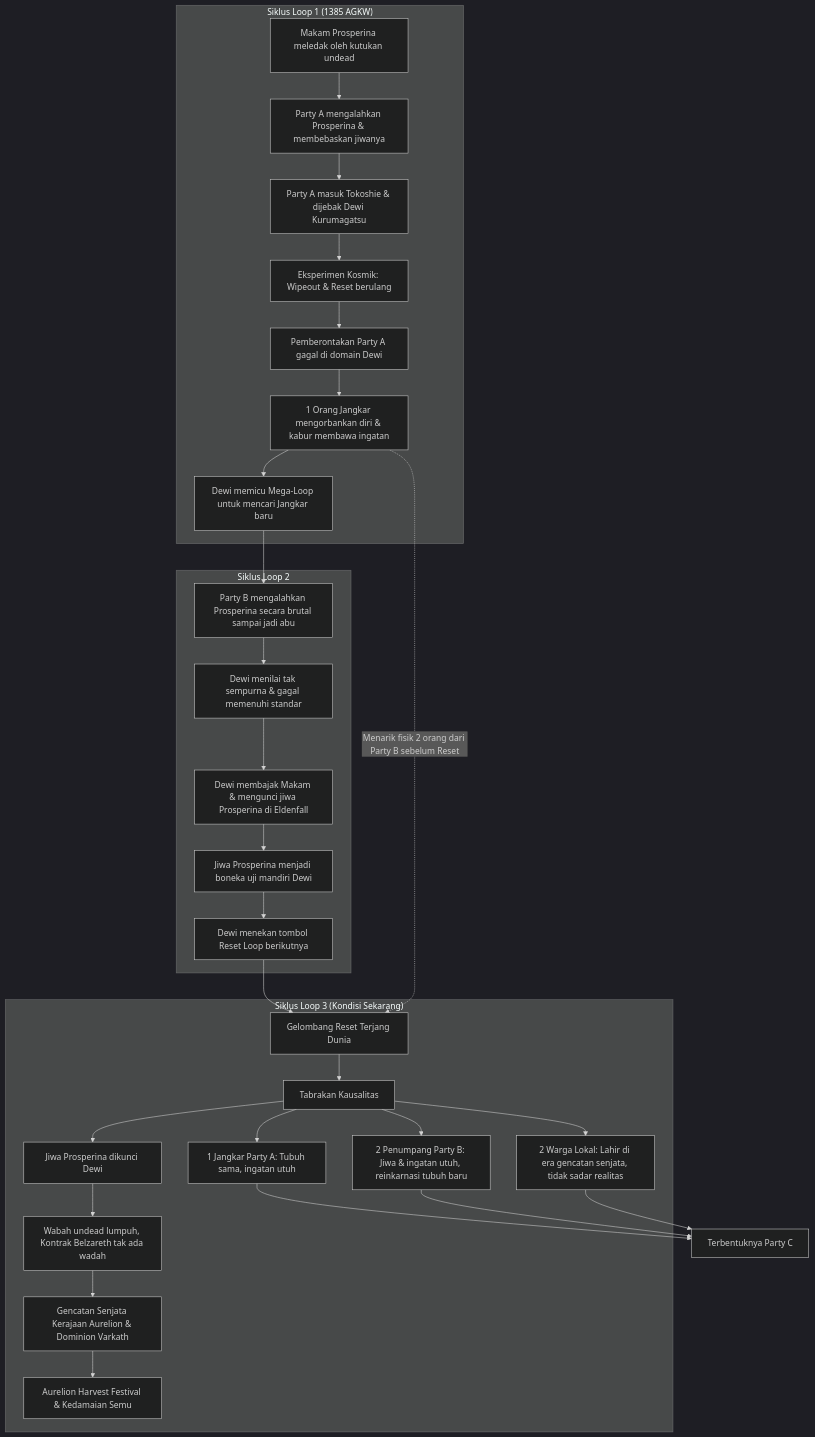
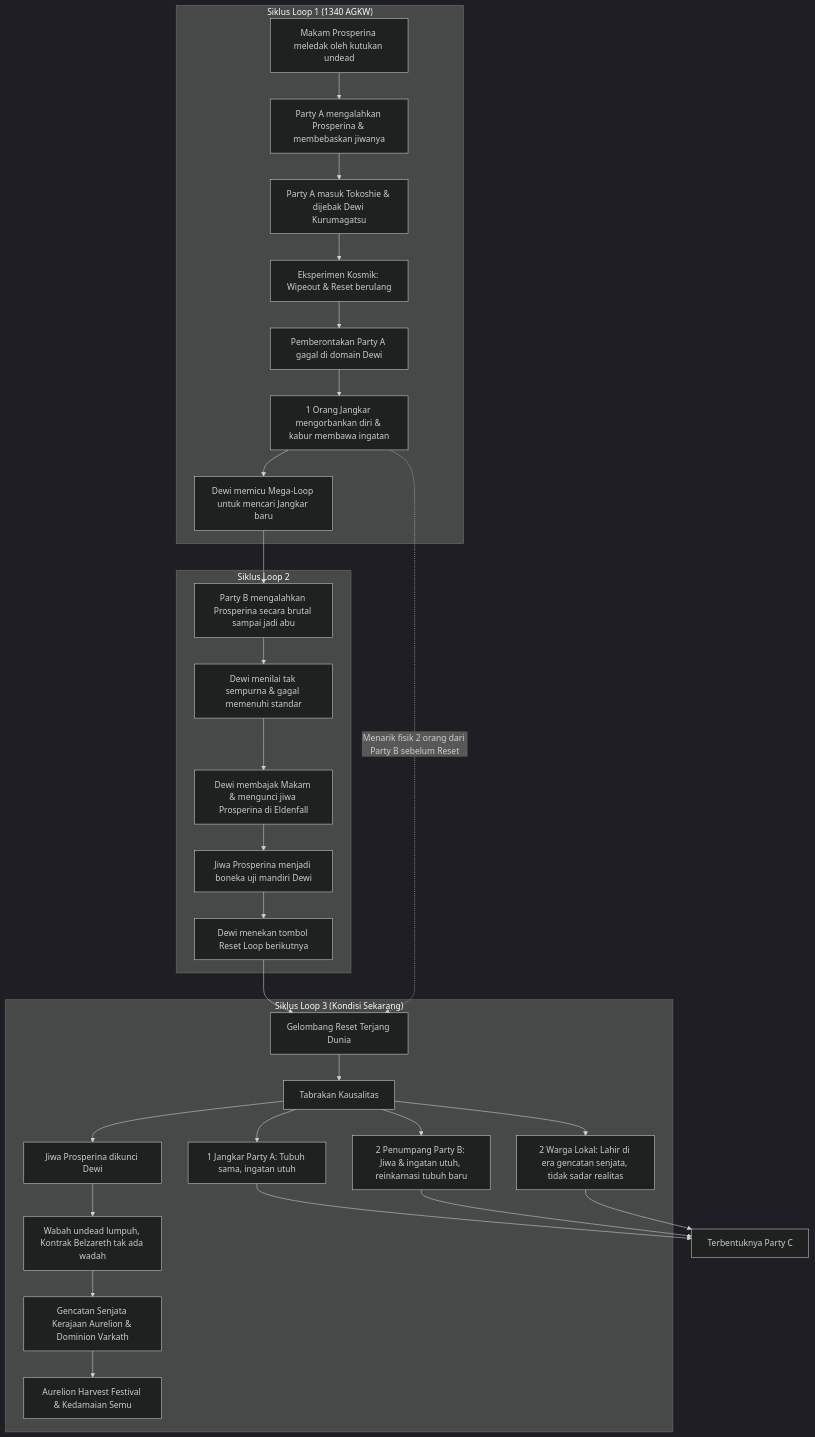
One commit to Nothrovo/Solythis-DnD changed the diagram in Lores/Aurelion Lores.md. Above: the diagram before and after it, drawn with Mermaid (dark theme). The commit also changed other lines of this file and 21 other files, not shown here.

````diff
--- a/Lores/Aurelion Lores.md
+++ b/Lores/Aurelion Lores.md
@@ -8,44 +8,44 @@
 ```mermaid
 graph TD
     %% Loop 1
-    subgraph Loop1 ["Siklus Loop 1 (1385 AGKW)"]
+    subgraph Loop1 ["Siklus Loop 1 (1340 AGKW)"]
         A1[Makam Prosperina meledak oleh kutukan undead] --> A2[Party A mengalahkan Prosperina & membebaskan jiwanya]
         A2 --> A3[Party A masuk Tokoshie & dijebak Dewi Kurumagatsu]
         A3 --> A4[Eksperimen Kosmik: Wipeout & Reset berulang]
         A4 --> A5[Pemberontakan Party A gagal di domain Dewi]
         A5 --> A6[1 Orang Jangkar mengorbankan diri & kabur membawa ingatan]
         A6 --> A7[Dewi memicu Mega-Loop untuk mencari Jangkar baru]
     end
 
     %% Loop 2
     subgraph Loop2 ["Siklus Loop 2"]
         A7 --> B1[Party B mengalahkan Prosperina secara brutal sampai jadi abu]
         B1 --> B2[Dewi menilai tak sempurna & gagal memenuhi standar]
         B2 --> B3[Dewi membajak Makam & mengunci jiwa Prosperina di Eldenfall]
         B3 --> B4[Jiwa Prosperina menjadi boneka uji mandiri Dewi]
         B4 --> B5[Dewi menekan tombol Reset Loop berikutnya]
     end
 
     %% Loop 3
     subgraph Loop3 ["Siklus Loop 3 (Kondisi Sekarang)"]
         B5 --> C_Reset[Gelombang Reset Terjang Dunia]
         
         %% Grab during transition
         A6 -.->|Menarik fisik 2 orang dari Party B sebelum Reset| C_Reset
         
         C_Reset --> C1[Tabrakan Kausalitas]
         
         %% Impact on Party C
         C1 --> P1[1 Jangkar Party A: Tubuh sama, ingatan utuh]
         C1 --> P2[2 Penumpang Party B: Jiwa & ingatan utuh, reinkarnasi tubuh baru]
         C1 --> P3[2 Warga Lokal: Lahir di era gencatan senjata, tidak sadar realitas]
         
         %% Environmental Impact
         C1 --> E1[Jiwa Prosperina dikunci Dewi]
         E1 --> E2[Wabah undead lumpuh, Kontrak Belzareth tak ada wadah]
         E2 --> E3[Gencatan Senjata Kerajaan Aurelion & Dominion Varkath]
         E3 --> E4[Aurelion Harvest Festival & Kedamaian Semu]
     end
 
     P1 & P2 & P3 --> PartyC[Terbentuknya Party C]
 ```
````
